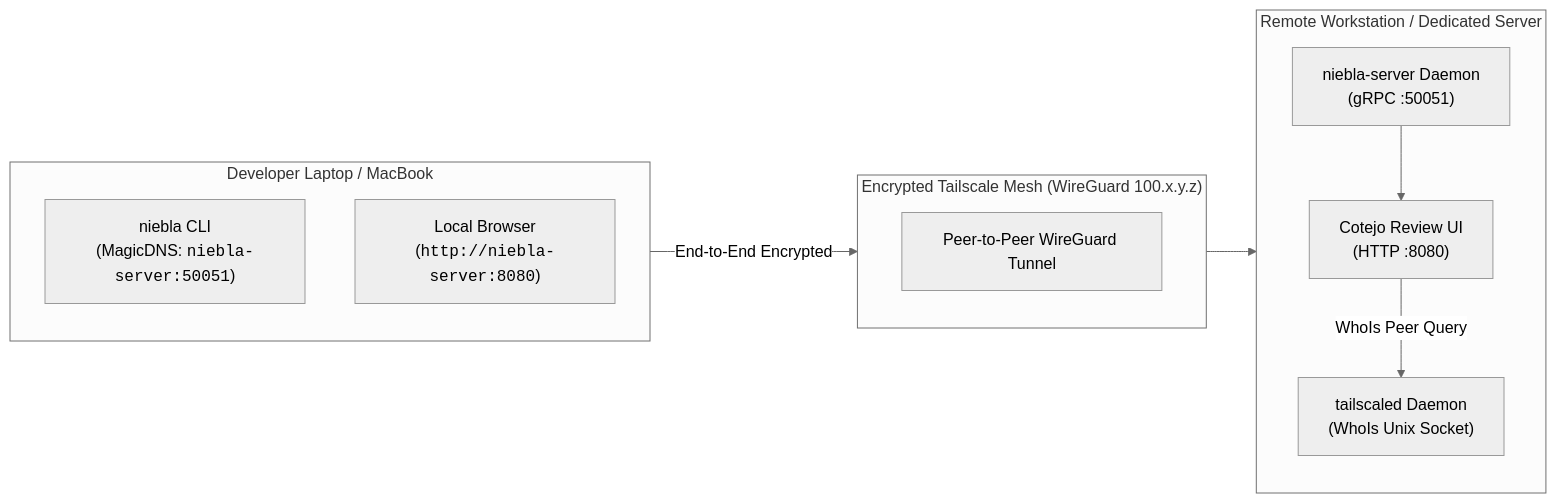
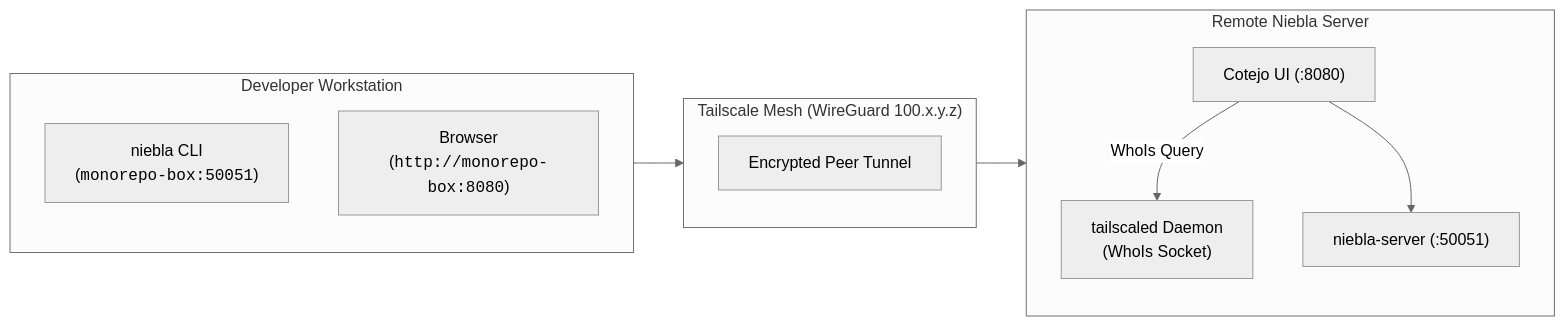
Before and after one commit to mrtnzjsh/niebla: the diagram in docs-site/src/content/docs/recipes/tailscale.md, drawn with Mermaid (neutral theme). The commit also changed other lines of this file and 40 other files, not shown here.

````diff
--- a/docs-site/src/content/docs/recipes/tailscale.md
+++ b/docs-site/src/content/docs/recipes/tailscale.md
@@ -13,21 +12,21 @@
 ```mermaid
 flowchart LR
-    subgraph Laptop["Developer Laptop / MacBook"]
-        CLI["niebla CLI<br/>(MagicDNS: <code>niebla-server:50051</code>)"]
-        Browser["Local Browser<br/>(<code>http://niebla-server:8080</code>)"]
+    subgraph Laptop["Developer Workstation"]
+        CLI["niebla CLI<br/>(<code>monorepo-box:50051</code>)"]
+        Browser["Browser<br/>(<code>http://monorepo-box:8080</code>)"]
     end
 
-    subgraph Tailnet["Encrypted Tailscale Mesh (WireGuard 100.x.y.z)"]
-        Peer["Peer-to-Peer WireGuard Tunnel"]
+    subgraph Tailnet["Tailscale Mesh (WireGuard 100.x.y.z)"]
+        Peer["Encrypted Peer Tunnel"]
     end
 
-    subgraph Host["Remote Workstation / Dedicated Server"]
-        Tailscaled["tailscaled Daemon<br/>(WhoIs Unix Socket)"]
-        Server["niebla-server Daemon<br/>(gRPC :50051)"]
-        Cotejo["Cotejo Review UI<br/>(HTTP :8080)"]
-        Cotejo -->|"WhoIs Peer Query"| Tailscaled
-        Server --> Cotejo
+    subgraph Host["Remote Niebla Server"]
+        Tailscaled["tailscaled Daemon<br/>(WhoIs Socket)"]
+        Server["niebla-server (:50051)"]
+        Cotejo["Cotejo UI (:8080)"]
+        Cotejo -->|"WhoIs Query"| Tailscaled
+        Cotejo --> Server
     end
 
-    Laptop -->|"End-to-End Encrypted"| Tailnet --> Host
+    Laptop --> Tailnet --> Host
 ```
````
